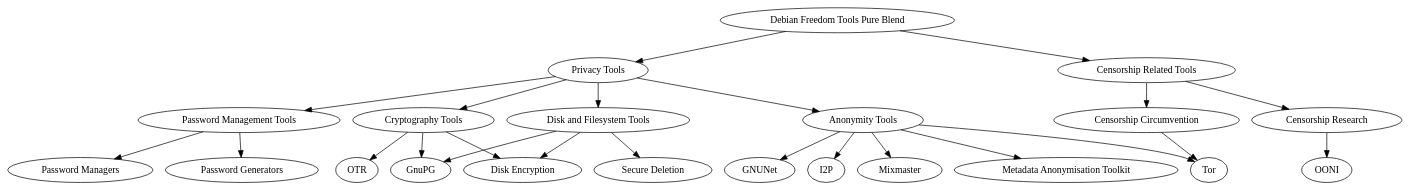
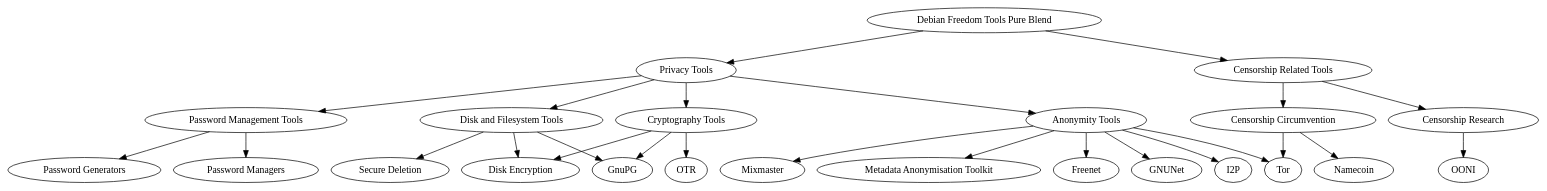
One commit to seamustuohy/debian-sanctuary changed the diagram in doc/taxonomy.dot. Above: the diagram before and after it, drawn with Graphviz. The commit also changed 1 other file, not shown here.

```diff
--- a/doc/taxonomy.dot
+++ b/doc/taxonomy.dot
@@ -1,66 +1,71 @@
 
 digraph taxonomy {
 
 	freedom [label="Debian Freedom Tools Pure Blend"];
 
 	privacy [label="Privacy Tools"];
 	censorship [label="Censorship Related Tools"];
 
 	freedom->censorship;
 	freedom->privacy;
 
 	anonymity [label="Anonymity Tools"];
 	cryptography [label="Cryptography Tools"];
 	password [label="Password Management Tools"];
 	file [label="Disk and Filesystem Tools"];
 
 	privacy->anonymity;
 	privacy->cryptography;
 	privacy->password;
 	privacy->file;
 
 	pwgen [label="Password Generators"];
 	pwman [label="Password Managers"];
 
 	password->pwgen;
 	password->pwman;
 
 	secure_delete [label="Secure Deletion"];
 	disk_encryption [label="Disk Encryption"];
 
 	file->secure_delete;
 	file->disk_encryption;
 	file->gnupg;
 
 	tor [label="Tor"];
 	gnunet [label="GNUNet"];
 	i2p [label="I2P"];
 	mixmaster [label="Mixmaster"];
 	mat [label="Metadata Anonymisation Toolkit"];
+	freenet [label="Freenet"]
 
 	anonymity->tor;
 	anonymity->gnunet;
 	anonymity->i2p;
 	anonymity->mixmaster;
 	anonymity->mat;
+	anonymity->freenet;
 
 	gnupg [label="GnuPG"];
 	otr [label="OTR"];
 
 	cryptography->gnupg;
 	cryptography->otr;
 	cryptography->disk_encryption;
 
 	circumvention [label="Censorship Circumvention"];
 	censorship_research [label="Censorship Research"];
 
 	censorship->circumvention;
 	censorship->censorship_research;
 
 	ooni [label="OONI"];
 
 	censorship_research->ooni;
 
+	namecoin [label="Namecoin"]
+
 	circumvention->tor;
+	circumvention->namecoin;
 
 }
```
